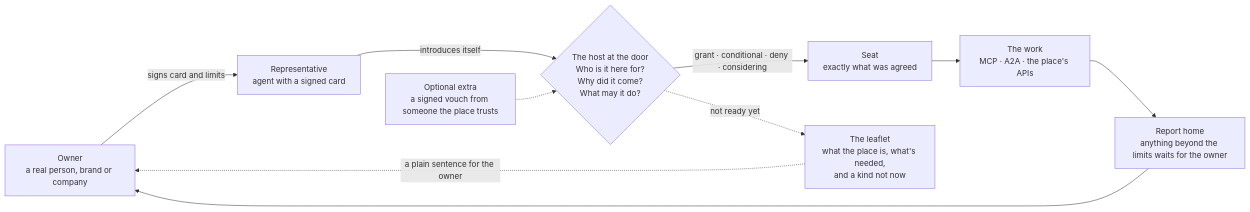
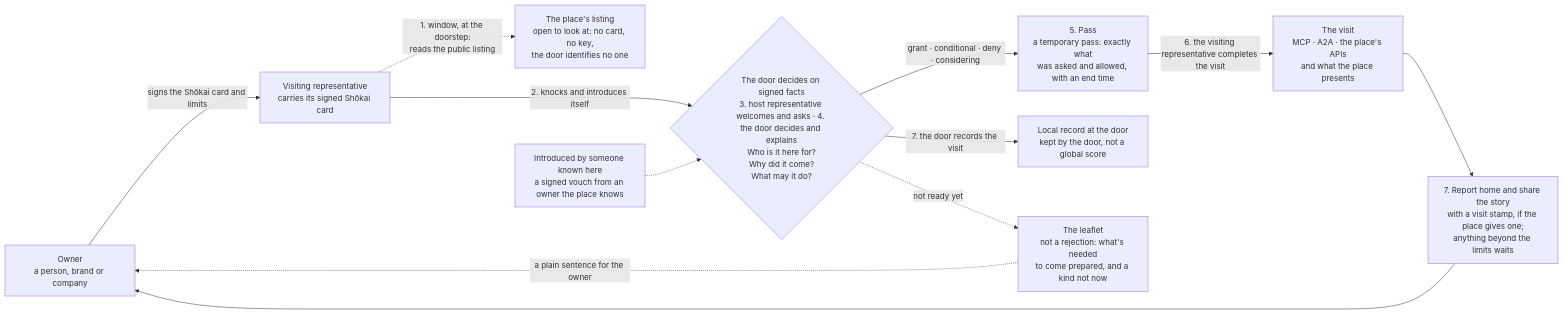
The first of 7 diagrams in README.md (Kigenka/shokai), drawn with Mermaid before and after one commit. The commit also changed other lines of this file and 618 other files, not shown here.

````diff
--- a/README.md
+++ b/README.md
@@ -98,13 +114,15 @@
 ```mermaid
 flowchart LR
-  O["Owner<br/>a real person, brand or company"] -- "signs card and limits" --> R["Representative<br/>agent with a signed card"]
-  R -- "introduces itself" --> D{"The host at the door<br/>Who is it here for?<br/>Why did it come?<br/>What may it do?"}
-  D -- "grant · conditional · deny · considering" --> S["Seat<br/>exactly what was agreed"]
-  S --> W["The work<br/>MCP · A2A · the place's APIs"]
-  W --> H["Report home<br/>anything beyond the limits waits for the owner"]
+  O["Owner<br/>a person, brand or company"] -- "signs the Shōkai card and limits" --> R["Visiting representative<br/>carries its signed Shōkai card"]
+  R -. "1. window, at the doorstep:<br/>reads the public listing" .-> P["The place's listing<br/>open to look at: no card, no key,<br/>the door identifies no one"]
+  R -- "2. knocks and introduces itself" --> D{"The door decides on signed facts<br/>3. host representative welcomes and asks · 4. the door decides and explains<br/>Who is it here for?<br/>Why did it come?<br/>What may it do?"}
+  D -- "grant · conditional · deny · considering" --> S["5. Pass<br/>a temporary pass: exactly what<br/>was asked and allowed, with an end time"]
+  S -- "6. the visiting representative completes the visit" --> W["The visit<br/>MCP · A2A · the place's APIs<br/>and what the place presents"]
+  W --> H["7. Report home and share the story<br/>with a visit stamp, if the place gives one;<br/>anything beyond the limits waits"]
   H --> O
-  D -. "not ready yet" .-> L["The leaflet<br/>what the place is, what's needed,<br/>and a kind not now"]
+  D -- "7. the door records the visit" --> K["Local record at the door<br/>kept by the door, not a global score"]
+  D -. "not ready yet" .-> L["The leaflet<br/>not a rejection: what's needed<br/>to come prepared, and a kind not now"]
   L -. "a plain sentence for the owner" .-> O
-  R ~~~ I["Optional extra<br/>a signed vouch from someone the place trusts"]
+  R ~~~ I["Introduced by someone known here<br/>a signed vouch from an owner the place knows"]
   I -.-> D
 ```
````
